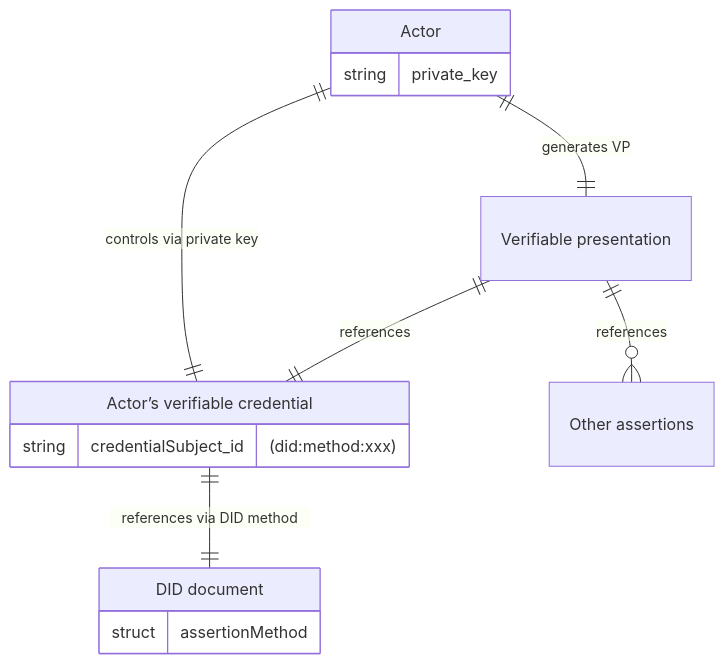
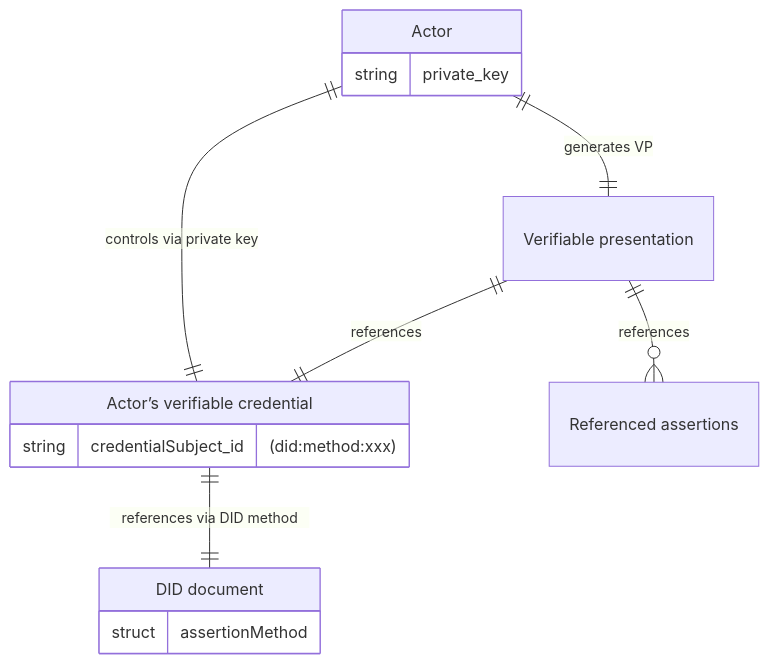
The second of 2 diagrams in docs/modules/ROOT/pages/index.adoc (creator-assertions/identity-assertion), drawn with Mermaid before and after one commit. The commit also changed other lines of this file and 1 other file, not shown here.

First line of the commit message:
Rename `assertions` field in identity assertion to `referenced_assertions`

```diff
--- a/docs/modules/ROOT/pages/index.adoc
+++ b/docs/modules/ROOT/pages/index.adoc
@@ -366,25 +366,25 @@
 [mermaid,width=100%]
 ....
 erDiagram
   A[Actor] {
     string private_key
   }
 
   VC["Actor’s verifiable credential"] {
     string credentialSubject_id "(did:method:xxx)"
   }
 
   DID_DOC["DID document"] {
     struct assertionMethod
   }
 
-  ASSERTION["Other assertions"] {}
+  ASSERTION["Referenced assertions"] {}
 
   VP["Verifiable presentation"] {}
 
   A ||--|| VC : "controls via private key"
   VC ||--|| DID_DOC : "references via DID method"
   VP ||--o{ ASSERTION: "references"
   VP ||--|| VC: "references"
   A ||--|| VP: "generates VP"
 ....
```
